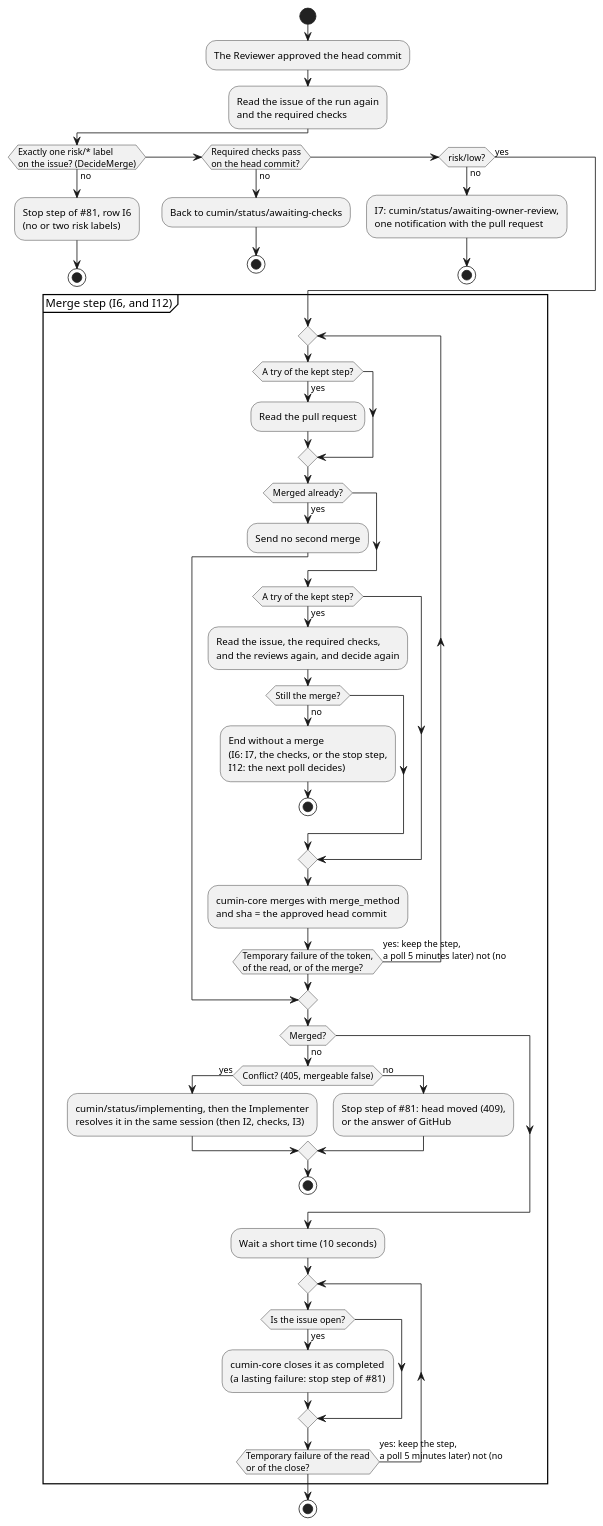
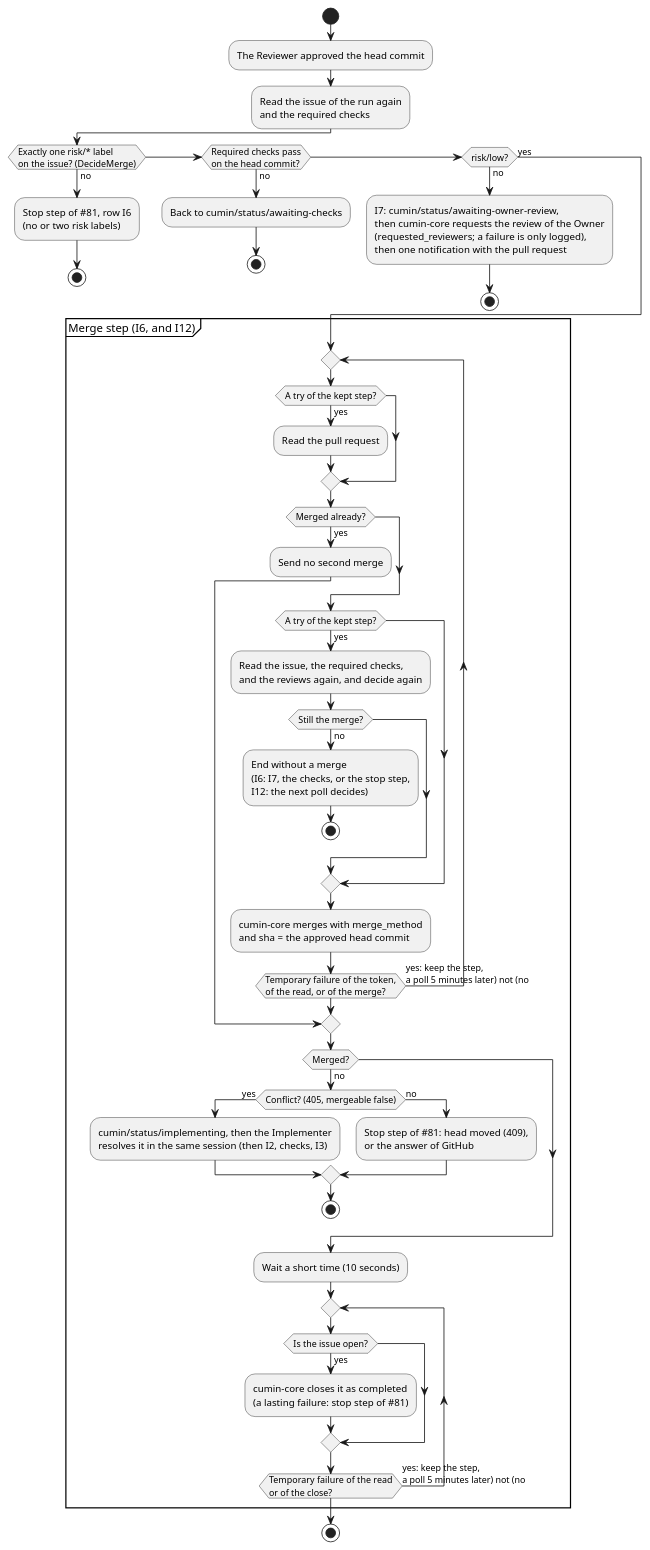
Before and after one commit to cloveclovedev/cumin-works: the diagram in docs/ja/designs/poll-merge.puml, drawn with PlantUML. The commit also changed 2 other files, not shown here.

Commit message:
docs(designs): record the review request of the Owner at I7 and the reason for the API (#523)
The merge section of poll.md gains the review request as a step of I7
(approved, waits for the Owner): after the label, before the notification.
It names the rejected CODEOWNERS option, the account that cumin requests,
and the rule for a failed request. The poll-merge diagram gains the step.

```diff
--- a/docs/ja/designs/poll-merge.puml
+++ b/docs/ja/designs/poll-merge.puml
@@ -1,72 +1,74 @@
 @startuml poll-merge
 ' cumin works - the approved pull request (I6, I7) and the merge step that I12 reuses.
 ' Document: poll.md, section on the merge step.
 ' Render: run scripts/render-diagrams.sh at the root of the repository.
 skinparam shadowing false
 skinparam defaultFontName sans-serif
 
 start
 :The Reviewer approved the head commit;
 :Read the issue of the run again
 and the required checks;
 if (Exactly one risk/* label
 on the issue? (DecideMerge)) then (no)
   :Stop step of #81, row I6
   (no or two risk labels);
   stop
 elseif (Required checks pass
 on the head commit?) then (no)
   :Back to cumin/status/awaiting-checks;
   stop
 elseif (risk/low?) then (no)
   :I7: cumin/status/awaiting-owner-review,
-  one notification with the pull request;
+  then cumin-core requests the review of the Owner
+  (requested_reviewers; a failure is only logged),
+  then one notification with the pull request;
   stop
 else (yes)
 endif
 partition "Merge step (I6, and I12)" {
   repeat
     if (A try of the kept step?) then (yes)
       :Read the pull request;
     endif
     if (Merged already?) then (yes)
       :Send no second merge;
       break
     endif
     if (A try of the kept step?) then (yes)
       :Read the issue, the required checks,
       and the reviews again, and decide again;
       if (Still the merge?) then (no)
         :End without a merge
         (I6: I7, the checks, or the stop step,
         I12: the next poll decides);
         stop
       endif
     endif
     :cumin-core merges with merge_method
     and sha = the approved head commit;
   repeat while (Temporary failure of the token,
 of the read, or of the merge?) is (yes: keep the step,
 a poll 5 minutes later) not (no)
   if (Merged?) then (no)
     if (Conflict? (405, mergeable false)) then (yes)
       :cumin/status/implementing, then the Implementer
       resolves it in the same session (then I2, checks, I3);
     else (no)
       :Stop step of #81: head moved (409),
       or the answer of GitHub;
     endif
     stop
   endif
   :Wait a short time (10 seconds);
   repeat
     if (Is the issue open?) then (yes)
       :cumin-core closes it as completed
       (a lasting failure: stop step of #81);
     endif
   repeat while (Temporary failure of the read
 or of the close?) is (yes: keep the step,
 a poll 5 minutes later) not (no)
 }
 stop
 @enduml
```
